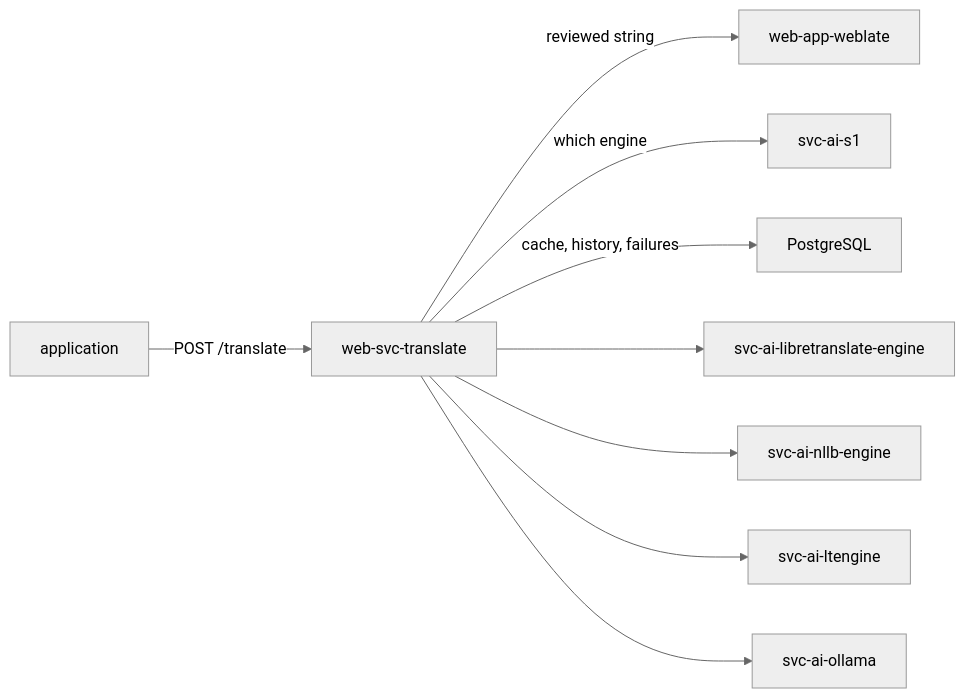
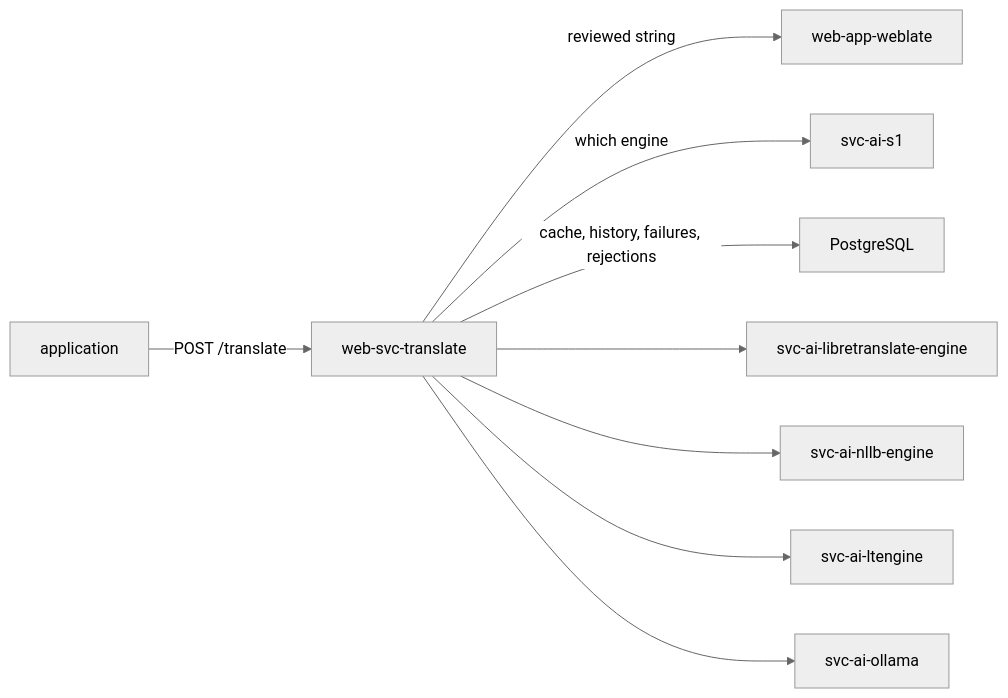
The diagram in roles/web-svc-translate/README.md (infinito-nexus/core), drawn with Mermaid (neutral theme) before and after one commit. The commit also changed other lines of this file and 20 other files, not shown here.

````diff
--- a/roles/web-svc-translate/README.md
+++ b/roles/web-svc-translate/README.md
@@ -37,11 +38,11 @@
 ```mermaid
 flowchart LR
     app["application"] -->|POST /translate| gw["web-svc-translate"]
     gw -->|reviewed string| wl["web-app-weblate"]
     gw -->|which engine| s1["svc-ai-s1"]
-    gw -->|cache, history, failures| db["PostgreSQL"]
+    gw -->|cache, history, failures, rejections| db["PostgreSQL"]
     gw --> lt["svc-ai-libretranslate-engine"]
     gw --> nl["svc-ai-nllb-engine"]
     gw --> lte["svc-ai-ltengine"]
     gw --> ol["svc-ai-ollama"]
 ```
````
